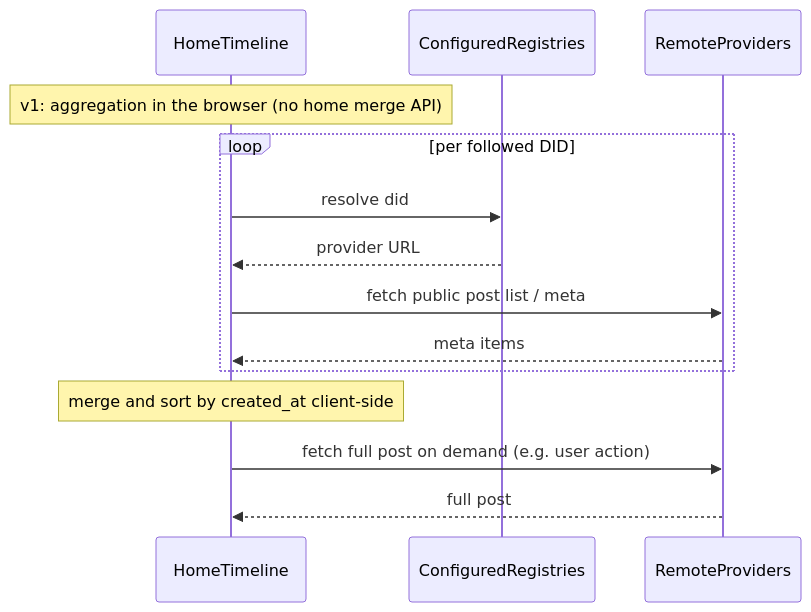
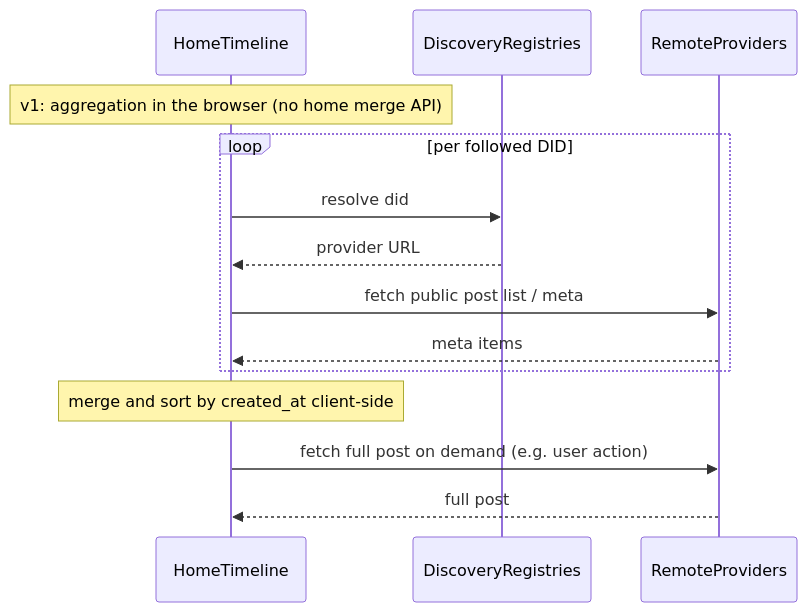
Before and after one commit to syr-is/syr: the diagram in apps/docs/app/src/routes/architecture/follows-and-timeline/+page.md, drawn with Mermaid. The commit also changed other lines of this file and 127 other files, not shown here.

````diff
--- a/apps/docs/app/src/routes/architecture/follows-and-timeline/+page.md
+++ b/apps/docs/app/src/routes/architecture/follows-and-timeline/+page.md
@@ -113,17 +124,17 @@
 ```mermaid
 sequenceDiagram
   participant UI as HomeTimeline
-  participant Reg as ConfiguredRegistries
+  participant Reg as DiscoveryRegistries
   participant Prov as RemoteProviders
 
   Note over UI: v1: aggregation in the browser (no home merge API)
   loop per followed DID
     UI->>Reg: resolve did
     Reg-->>UI: provider URL
     UI->>Prov: fetch public post list / meta
     Prov-->>UI: meta items
   end
   Note over UI: merge and sort by created_at client-side
   UI->>Prov: fetch full post on demand (e.g. user action)
   Prov-->>UI: full post
 ```
````
